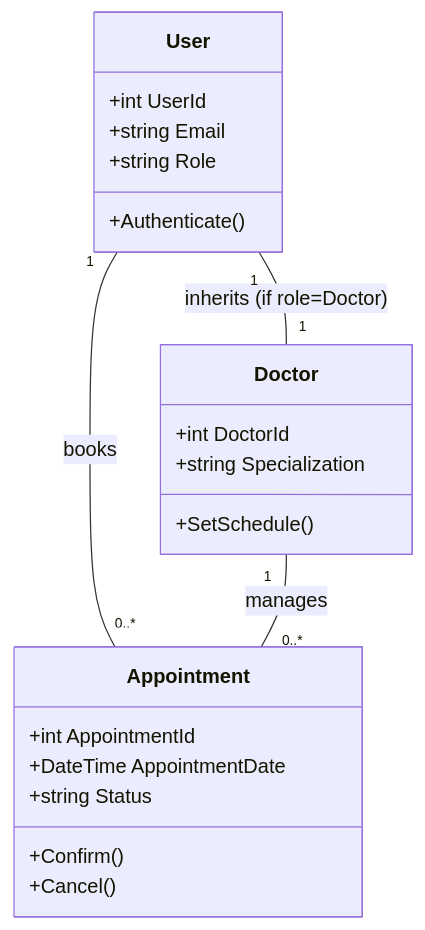
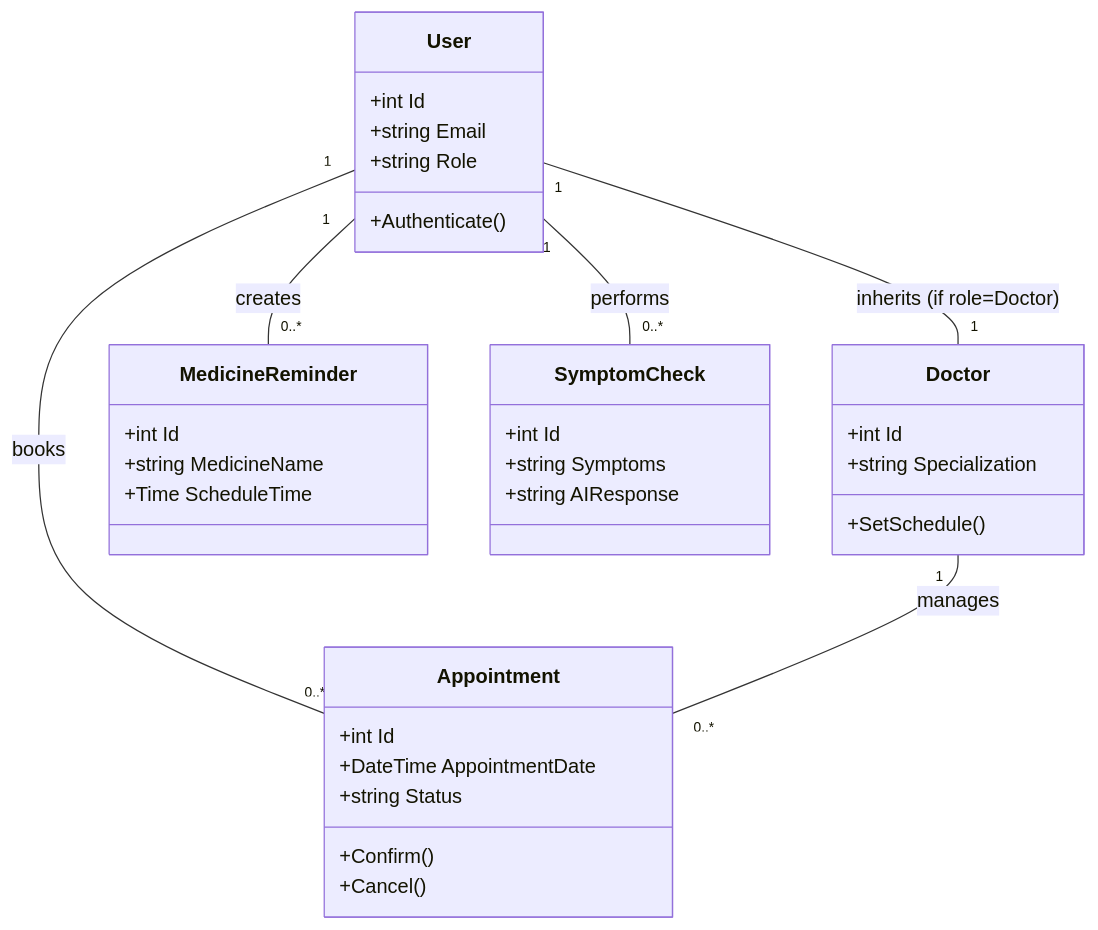
Diagram 17 of 20 in Medi_AI_Backend_railway/thesis/Medi-AI_Thesis.md (mediaibuitems-ui/Medi-AI_B_F), drawn with Mermaid before and after one commit. The commit also changed other lines of this file and 1 other file, not shown here.

Commit message:
docs: align thesis diagrams with technical audit findings

````diff
--- a/Medi_AI_Backend_railway/thesis/Medi-AI_Thesis.md
+++ b/Medi_AI_Backend_railway/thesis/Medi-AI_Thesis.md
@@ -905,24 +923,36 @@
 ```mermaid
 classDiagram
     class User {
-        +int UserId
+        +int Id
         +string Email
         +string Role
         +Authenticate()
     }
     class Doctor {
-        +int DoctorId
+        +int Id
         +string Specialization
         +SetSchedule()
     }
     class Appointment {
-        +int AppointmentId
+        +int Id
         +DateTime AppointmentDate
         +string Status
         +Confirm()
         +Cancel()
     }
+    class MedicineReminder {
+        +int Id
+        +string MedicineName
+        +Time ScheduleTime
+    }
+    class SymptomCheck {
+        +int Id
+        +string Symptoms
+        +string AIResponse
+    }
     User "1" -- "0..*" Appointment : books
     Doctor "1" -- "0..*" Appointment : manages
+    User "1" -- "0..*" MedicineReminder : creates
+    User "1" -- "0..*" SymptomCheck : performs
     User "1" -- "1" Doctor : inherits (if role=Doctor)
 ```
````
